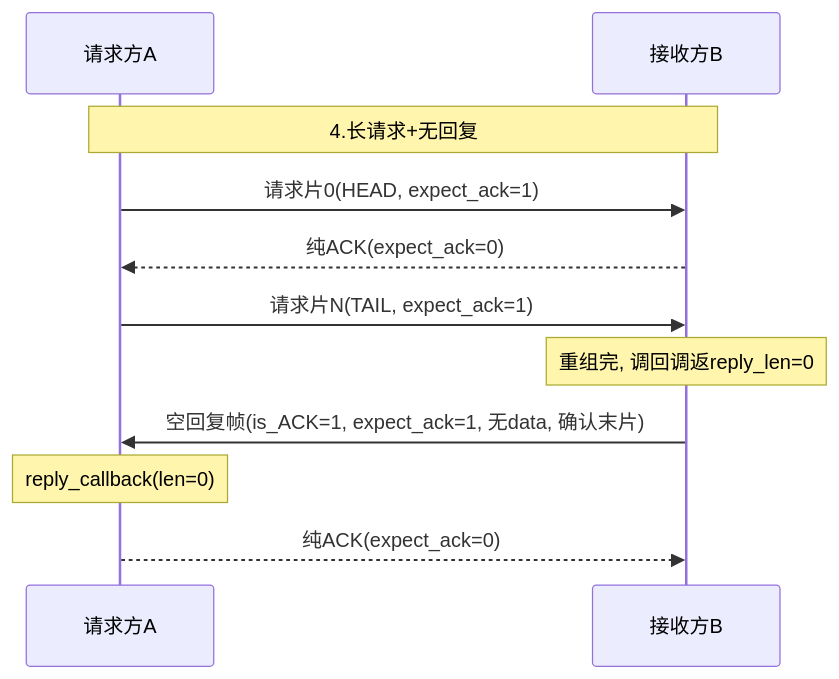
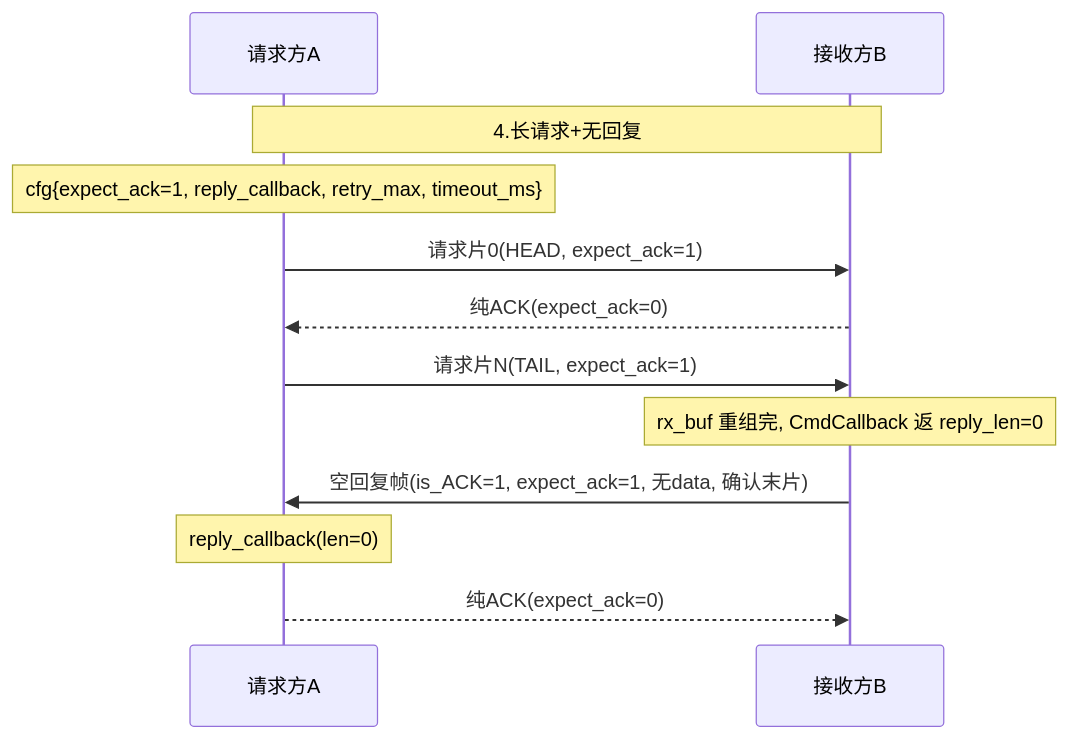
The fourth of 14 diagrams in 工作/项目/代码/260401S3分拣面板-SIA-R9000P.md (Siaiai/ObsidianNote), drawn with Mermaid before and after one commit. The commit also changed other lines of this file and 1 other file, not shown here.

````diff
--- a/工作/项目/代码/260401S3分拣面板-SIA-R9000P.md
+++ b/工作/项目/代码/260401S3分拣面板-SIA-R9000P.md
@@ -127,13 +144,14 @@
 ```mermaid
 sequenceDiagram
     participant A as 请求方A
     participant B as 接收方B
     Note over A,B: 4.长请求+无回复
+    Note over A: cfg{expect_ack=1, reply_callback, retry_max, timeout_ms}
     A->>B: 请求片0(HEAD, expect_ack=1)
     B-->>A: 纯ACK(expect_ack=0)
     A->>B: 请求片N(TAIL, expect_ack=1)
-    Note over B: 重组完, 调回调返reply_len=0
+    Note over B: rx_buf 重组完, CmdCallback 返 reply_len=0
     B->>A: 空回复帧(is_ACK=1, expect_ack=1, 无data, 确认末片)
     Note over A: reply_callback(len=0)
     A-->>B: 纯ACK(expect_ack=0)
 ```
````
